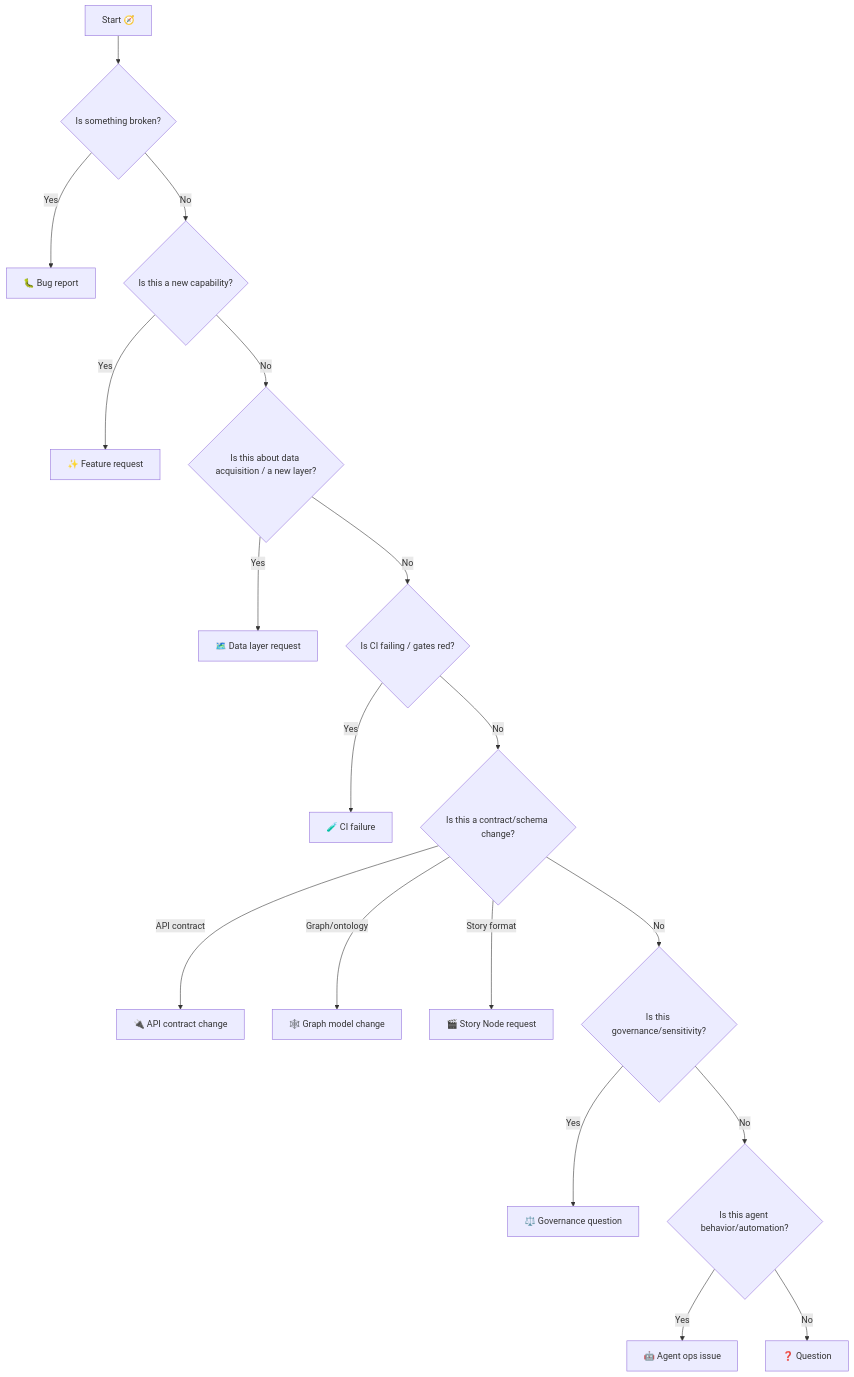
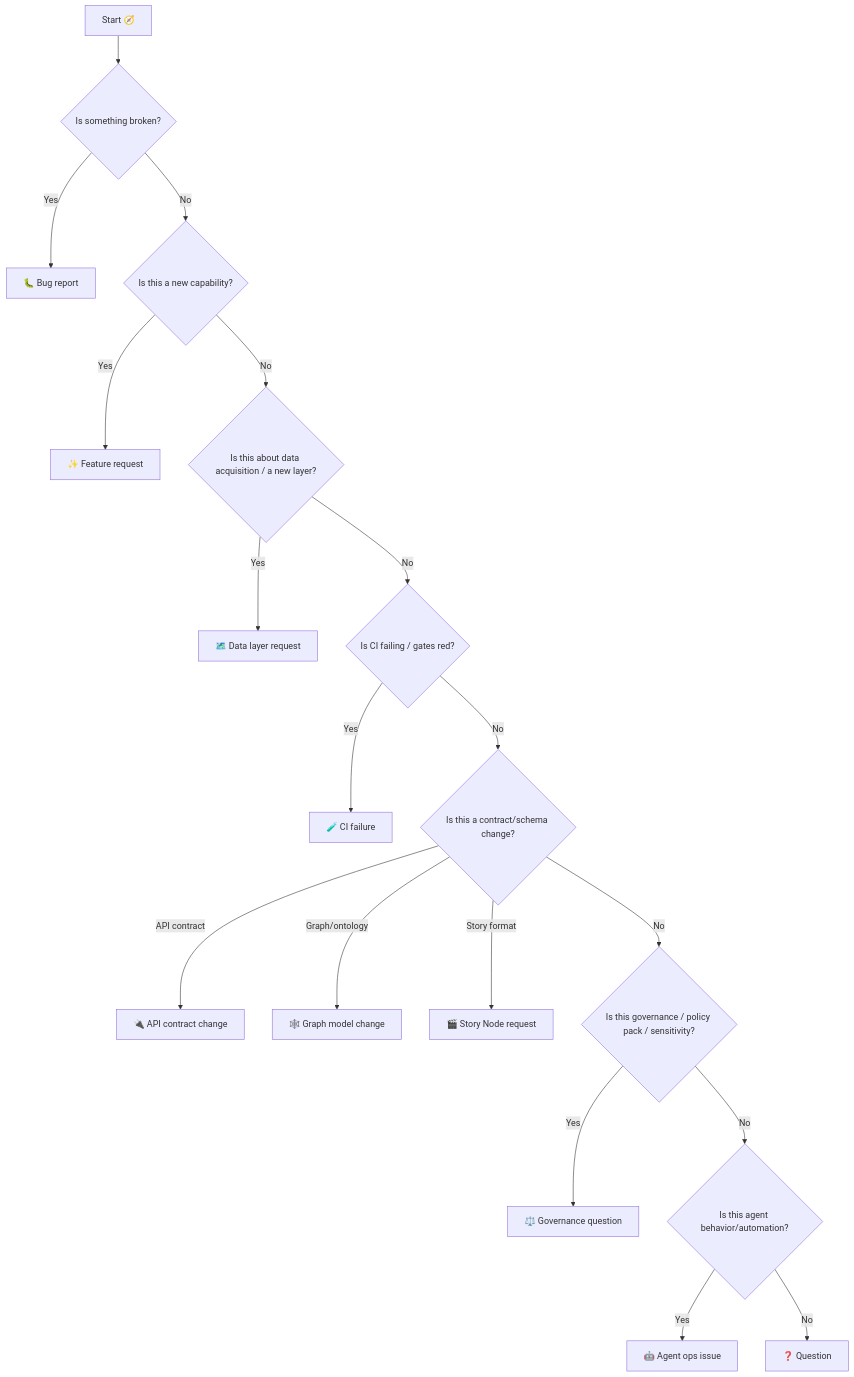
One commit to bartytime4life/Kansas-Frontier-Matrix changed the first of 2 diagrams in .github/ISSUE_TEMPLATE/README.md. Above: the diagram before and after it, drawn with Mermaid. The commit also changed other lines of this file, not shown here.

````diff
--- a/.github/ISSUE_TEMPLATE/README.md
+++ b/.github/ISSUE_TEMPLATE/README.md
@@ -65,20 +77,20 @@
 ```mermaid
 flowchart TD
   A["Start 🧭"] --> B{Is something broken?}
   B -->|Yes| BUG["🐛 Bug report"]
   B -->|No| C{Is this a new capability?}
   C -->|Yes| FEAT["✨ Feature request"]
   C -->|No| D{Is this about data acquisition / a new layer?}
   D -->|Yes| DATA["🗺️ Data layer request"]
   D -->|No| E{Is CI failing / gates red?}
   E -->|Yes| CI["🧪 CI failure"]
   E -->|No| F{Is this a contract/schema change?}
   F -->|API contract| API["🔌 API contract change"]
   F -->|Graph/ontology| GRAPH["🕸️ Graph model change"]
   F -->|Story format| STORY["🎬 Story Node request"]
-  F -->|No| G{Is this governance/sensitivity?}
+  F -->|No| G{Is this governance / policy pack / sensitivity?}
   G -->|Yes| GOV["⚖️ Governance question"]
   G -->|No| H{Is this agent behavior/automation?}
   H -->|Yes| AGENT["🤖 Agent ops issue"]
   H -->|No| Q["❓ Question"]
 ```
````
